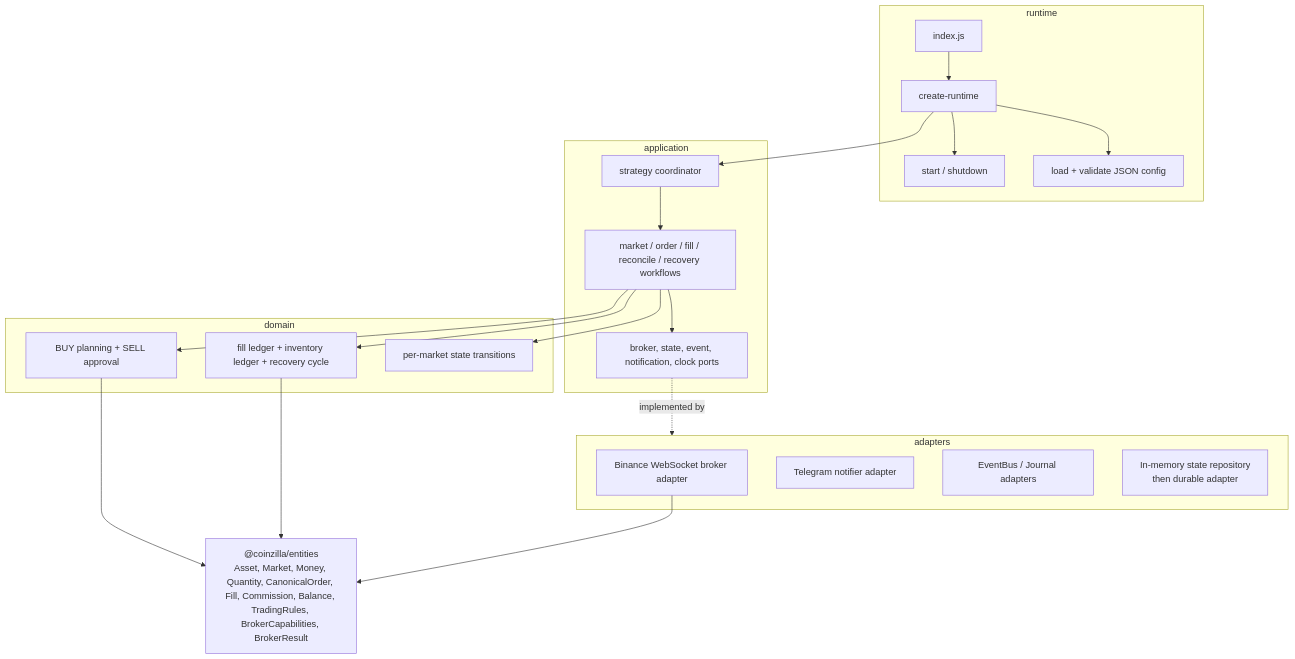
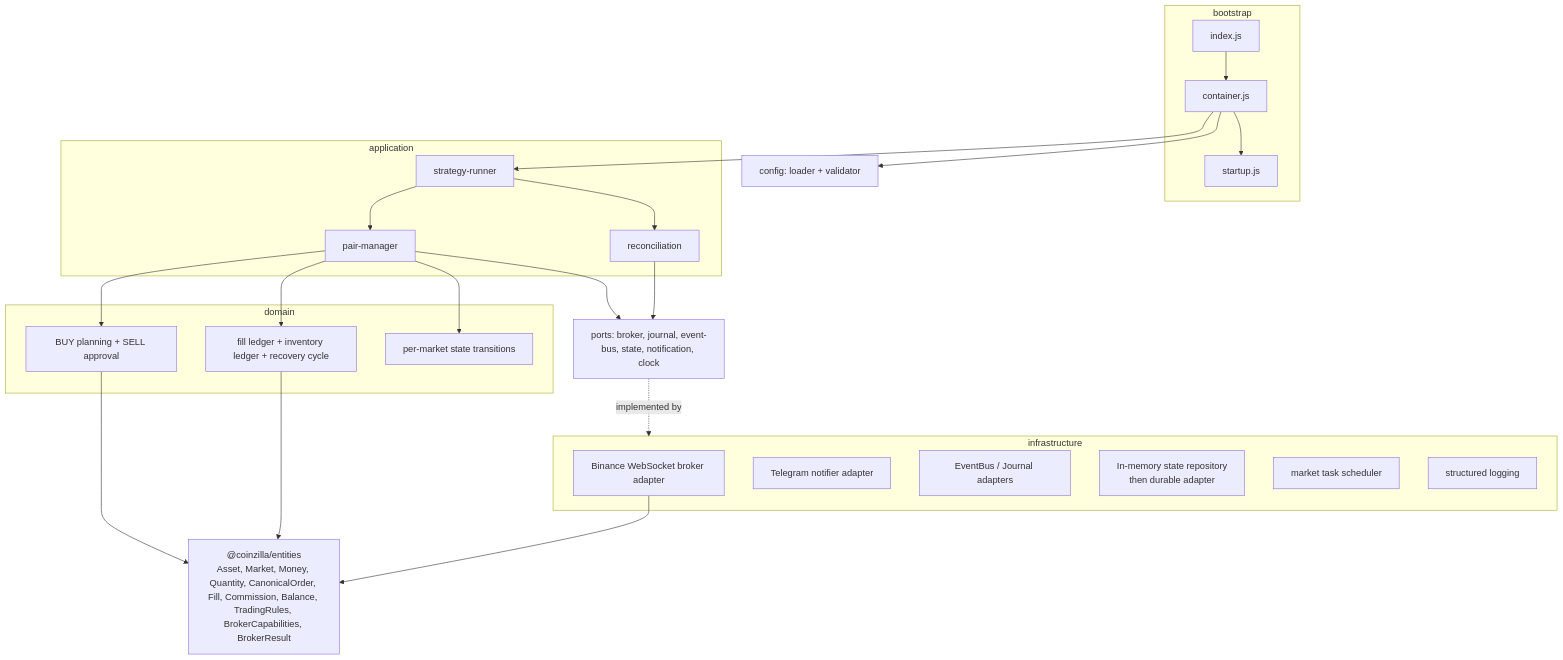
The second of 2 diagrams in apps/bot-coin-farmer/docs/architecture/COIN_FARMER_ARCHITECTURE.md (45s/coinzilla), drawn with Mermaid before and after one commit. The commit also changed other lines of this file, not shown here.

Commit message:
docs(bot-coin-farmer): document bootstrap and infrastructure layers

````diff
--- a/apps/bot-coin-farmer/docs/architecture/COIN_FARMER_ARCHITECTURE.md
+++ b/apps/bot-coin-farmer/docs/architecture/COIN_FARMER_ARCHITECTURE.md
@@ -53,44 +53,49 @@
 ```mermaid
 flowchart TB
-  subgraph runtime["runtime"]
+  subgraph bootstrap["bootstrap"]
     entry["index.js"]
-    composition["create-runtime"]
-    lifecycle["start / shutdown"]
-    config["load + validate JSON config"]
+    composition["container.js"]
+    lifecycle["startup.js"]
   end
+  config["config: loader + validator"]
 
   subgraph application["application"]
-    coordinator["strategy coordinator"]
-    workflows["market / order / fill / reconcile / recovery workflows"]
-    ports["broker, state, event, notification, clock ports"]
+    runner["strategy-runner"]
+    pairs["pair-manager"]
+    reconciliation["reconciliation"]
   end
+  ports["ports: broker, journal, event-bus, state, notification, clock"]
 
   subgraph domain["domain"]
     policy["BUY planning + SELL approval"]
     ledger["fill ledger + inventory ledger + recovery cycle"]
     machine["per-market state transitions"]
   end
 
-  subgraph adapters["adapters"]
+  subgraph infrastructure["infrastructure"]
     binance["Binance WebSocket broker adapter"]
     telegram["Telegram notifier adapter"]
     bus["EventBus / Journal adapters"]
     state["In-memory state repository\nthen durable adapter"]
+    scheduler["market task scheduler"]
+    logging["structured logging"]
   end
 
   entities["@coinzilla/entities\nAsset, Market, Money, Quantity, CanonicalOrder, Fill, Commission, Balance, TradingRules, BrokerCapabilities, BrokerResult"]
 
   entry --> composition
   composition --> config
   composition --> lifecycle
-  composition --> coordinator
-  coordinator --> workflows
-  workflows --> ports
-  workflows --> policy
-  workflows --> ledger
-  workflows --> machine
-  ports -. implemented by .-> adapters
+  composition --> runner
+  runner --> pairs
+  runner --> reconciliation
+  pairs --> ports
+  reconciliation --> ports
+  pairs --> policy
+  pairs --> ledger
+  pairs --> machine
+  ports -. implemented by .-> infrastructure
   policy --> entities
   ledger --> entities
   binance --> entities
 ```
````
